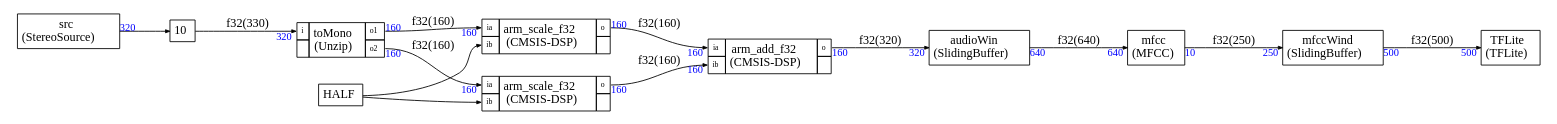
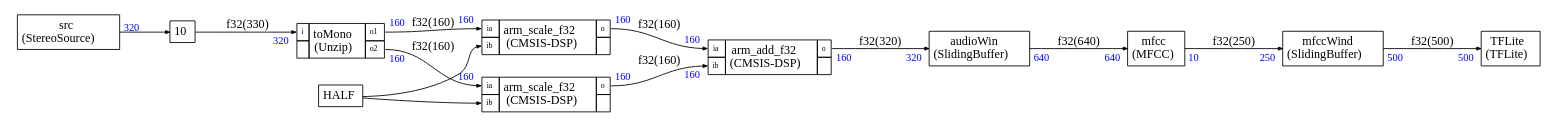
The diagram in SDFTools/examples/example2/test.dot (ARM-software/CMSIS-DSP), drawn with Graphviz before and after one commit. The commit also changed 14 other files, not shown here.

```diff
--- a/SDFTools/examples/example2/test.dot
+++ b/SDFTools/examples/example2/test.dot
@@ -1,151 +1,187 @@
 
 
 
 digraph structs {
     node [shape=plaintext]
     rankdir=LR
     edge [arrowsize=0.5]
     fontname="times"
 
 
 TFLite [label=<
 <TABLE BORDER="0" CELLBORDER="1" CELLSPACING="0" CELLPADDING="4">
   <TR>
     <TD ALIGN="CENTER" PORT="i">TFLite<BR/>(TFLite)</TD>
   </TR>
 </TABLE>>];
 
 
 arm_add_f321 [label=<
 <TABLE BORDER="0" CELLBORDER="1" CELLSPACING="0" CELLPADDING="4">
   <TR>
     <TD PORT="ia"><FONT POINT-SIZE="9.0">ia</FONT></TD>
     <TD ALIGN="CENTER" ROWSPAN="2">arm_add_f32<BR/>(CMSIS-DSP)</TD>
     <TD PORT="o"><FONT POINT-SIZE="9.0">o</FONT></TD>
   </TR>
-  <TR>
+<TR>
 <TD PORT="ib"><FONT POINT-SIZE="9.0">ib</FONT></TD>
-<TD></TD>
-</TR>
+
+ 
+<TD></TD></TR>
 
 </TABLE>>];
-
 
 
 arm_scale_f321 [label=<
 <TABLE BORDER="0" CELLBORDER="1" CELLSPACING="0" CELLPADDING="4">
   <TR>
     <TD PORT="ia"><FONT POINT-SIZE="9.0">ia</FONT></TD>
     <TD ALIGN="CENTER" ROWSPAN="2">arm_scale_f32<BR/>(CMSIS-DSP)</TD>
     <TD PORT="o"><FONT POINT-SIZE="9.0">o</FONT></TD>
   </TR>
-  <TR>
+<TR>
 <TD PORT="ib"><FONT POINT-SIZE="9.0">ib</FONT></TD>
-<TD></TD>
-</TR>
+
+ 
+<TD></TD></TR>
 
 </TABLE>>];
-
 
 
 arm_scale_f322 [label=<
 <TABLE BORDER="0" CELLBORDER="1" CELLSPACING="0" CELLPADDING="4">
   <TR>
     <TD PORT="ia"><FONT POINT-SIZE="9.0">ia</FONT></TD>
     <TD ALIGN="CENTER" ROWSPAN="2">arm_scale_f32<BR/>(CMSIS-DSP)</TD>
     <TD PORT="o"><FONT POINT-SIZE="9.0">o</FONT></TD>
   </TR>
-  <TR>
+<TR>
 <TD PORT="ib"><FONT POINT-SIZE="9.0">ib</FONT></TD>
-<TD></TD>
-</TR>
+
+ 
+<TD></TD></TR>
 
 </TABLE>>];
-
 
 audioWin [label=<
 <TABLE BORDER="0" CELLBORDER="1" CELLSPACING="0" CELLPADDING="4">
   <TR>
     <TD ALIGN="CENTER" PORT="i">audioWin<BR/>(SlidingBuffer)</TD>
   </TR>
 </TABLE>>];
 
 mfcc [label=<
 <TABLE BORDER="0" CELLBORDER="1" CELLSPACING="0" CELLPADDING="4">
   <TR>
     <TD ALIGN="CENTER" PORT="i">mfcc<BR/>(MFCC)</TD>
   </TR>
 </TABLE>>];
 
 mfccWind [label=<
 <TABLE BORDER="0" CELLBORDER="1" CELLSPACING="0" CELLPADDING="4">
   <TR>
     <TD ALIGN="CENTER" PORT="i">mfccWind<BR/>(SlidingBuffer)</TD>
   </TR>
 </TABLE>>];
 
 src [label=<
 <TABLE BORDER="0" CELLBORDER="1" CELLSPACING="0" CELLPADDING="4">
   <TR>
     <TD ALIGN="CENTER" PORT="i">src<BR/>(StereoSource)</TD>
   </TR>
 </TABLE>>];
 
 
 toMono [label=<
 <TABLE BORDER="0" CELLBORDER="1" CELLSPACING="0" CELLPADDING="4">
   <TR>
     <TD PORT="i"><FONT POINT-SIZE="9.0">i</FONT></TD>
     <TD ALIGN="CENTER" ROWSPAN="2">toMono<BR/>(Unzip)</TD>
     <TD PORT="o1"><FONT POINT-SIZE="9.0">o1</FONT></TD>
   </TR>
-  <TR>
+<TR>
+ 
 <TD></TD>
 <TD PORT="o2"><FONT POINT-SIZE="9.0">o2</FONT></TD>
 </TR>
 
 </TABLE>>];
-
 
 
 srcDelay [label=<
 <TABLE BORDER="0" CELLBORDER="1" CELLSPACING="0" CELLPADDING="4">
   <TR>
     <TD ALIGN="CENTER" PORT="i">10</TD>
   </TR>
 </TABLE>>];
 
 
-src:i -> srcDelay:i [taillabel=<<FONT COLOR="blue" POINT-SIZE="12.0" >320</FONT>>]
+src:i -> srcDelay:i [taillabel=<
+<TABLE BORDER="0" CELLPADDING="2"><TR><TD><FONT COLOR="blue" POINT-SIZE="12.0" >320</FONT>
+</TD></TR></TABLE>>]
 
-srcDelay:i -> toMono:i [headlabel=<<FONT COLOR="blue" POINT-SIZE="12.0" >320</FONT>>,label="f32(330)"]
+srcDelay:i -> toMono:i [headlabel=<
+<TABLE BORDER="0" CELLPADDING="2"><TR><TD><FONT COLOR="blue" POINT-SIZE="12.0" >320</FONT>
+</TD></TR></TABLE>>,label="f32(330)"]
 
 
-toMono:o1 -> arm_scale_f321:ia [headlabel=<<FONT COLOR="blue" POINT-SIZE="12.0" >160</FONT>>,taillabel=<<FONT COLOR="blue" POINT-SIZE="12.0" >160</FONT>>,label="f32(160)"]
+toMono:o1 -> arm_scale_f321:ia [headlabel=<
+<TABLE BORDER="0" CELLPADDING="2"><TR><TD><FONT COLOR="blue" POINT-SIZE="12.0" >160</FONT>
+</TD></TR></TABLE>>,taillabel=<
+<TABLE BORDER="0" CELLPADDING="2"><TR><TD><FONT COLOR="blue" POINT-SIZE="12.0" >160</FONT>
+</TD></TR></TABLE>>,label="f32(160)"]
 
-toMono:o2 -> arm_scale_f322:ia [headlabel=<<FONT COLOR="blue" POINT-SIZE="12.0" >160</FONT>>,taillabel=<<FONT COLOR="blue" POINT-SIZE="12.0" >160</FONT>>,label="f32(160)"]
+toMono:o2 -> arm_scale_f322:ia [headlabel=<
+<TABLE BORDER="0" CELLPADDING="2"><TR><TD><FONT COLOR="blue" POINT-SIZE="12.0" >160</FONT>
+</TD></TR></TABLE>>,taillabel=<
+<TABLE BORDER="0" CELLPADDING="2"><TR><TD><FONT COLOR="blue" POINT-SIZE="12.0" >160</FONT>
+</TD></TR></TABLE>>,label="f32(160)"]
 
-arm_scale_f321:o -> arm_add_f321:ia [headlabel=<<FONT COLOR="blue" POINT-SIZE="12.0" >160</FONT>>,taillabel=<<FONT COLOR="blue" POINT-SIZE="12.0" >160</FONT>>,label="f32(160)"]
+arm_scale_f321:o -> arm_add_f321:ia [headlabel=<
+<TABLE BORDER="0" CELLPADDING="2"><TR><TD><FONT COLOR="blue" POINT-SIZE="12.0" >160</FONT>
+</TD></TR></TABLE>>,taillabel=<
+<TABLE BORDER="0" CELLPADDING="2"><TR><TD><FONT COLOR="blue" POINT-SIZE="12.0" >160</FONT>
+</TD></TR></TABLE>>,label="f32(160)"]
 
-arm_scale_f322:o -> arm_add_f321:ib [headlabel=<<FONT COLOR="blue" POINT-SIZE="12.0" >160</FONT>>,taillabel=<<FONT COLOR="blue" POINT-SIZE="12.0" >160</FONT>>,label="f32(160)"]
+arm_scale_f322:o -> arm_add_f321:ib [headlabel=<
+<TABLE BORDER="0" CELLPADDING="2"><TR><TD><FONT COLOR="blue" POINT-SIZE="12.0" >160</FONT>
+</TD></TR></TABLE>>,taillabel=<
+<TABLE BORDER="0" CELLPADDING="2"><TR><TD><FONT COLOR="blue" POINT-SIZE="12.0" >160</FONT>
+</TD></TR></TABLE>>,label="f32(160)"]
 
-arm_add_f321:o -> audioWin:i [headlabel=<<FONT COLOR="blue" POINT-SIZE="12.0" >320</FONT>>,taillabel=<<FONT COLOR="blue" POINT-SIZE="12.0" >160</FONT>>,label="f32(320)"]
+arm_add_f321:o -> audioWin:i [headlabel=<
+<TABLE BORDER="0" CELLPADDING="2"><TR><TD><FONT COLOR="blue" POINT-SIZE="12.0" >320</FONT>
+</TD></TR></TABLE>>,taillabel=<
+<TABLE BORDER="0" CELLPADDING="2"><TR><TD><FONT COLOR="blue" POINT-SIZE="12.0" >160</FONT>
+</TD></TR></TABLE>>,label="f32(320)"]
 
-audioWin:i -> mfcc:i [headlabel=<<FONT COLOR="blue" POINT-SIZE="12.0" >640</FONT>>,taillabel=<<FONT COLOR="blue" POINT-SIZE="12.0" >640</FONT>>,label="f32(640)"]
+audioWin:i -> mfcc:i [headlabel=<
+<TABLE BORDER="0" CELLPADDING="2"><TR><TD><FONT COLOR="blue" POINT-SIZE="12.0" >640</FONT>
+</TD></TR></TABLE>>,taillabel=<
+<TABLE BORDER="0" CELLPADDING="2"><TR><TD><FONT COLOR="blue" POINT-SIZE="12.0" >640</FONT>
+</TD></TR></TABLE>>,label="f32(640)"]
 
-mfcc:i -> mfccWind:i [headlabel=<<FONT COLOR="blue" POINT-SIZE="12.0" >250</FONT>>,taillabel=<<FONT COLOR="blue" POINT-SIZE="12.0" >10</FONT>>,label="f32(250)"]
+mfcc:i -> mfccWind:i [headlabel=<
+<TABLE BORDER="0" CELLPADDING="2"><TR><TD><FONT COLOR="blue" POINT-SIZE="12.0" >250</FONT>
+</TD></TR></TABLE>>,taillabel=<
+<TABLE BORDER="0" CELLPADDING="2"><TR><TD><FONT COLOR="blue" POINT-SIZE="12.0" >10</FONT>
+</TD></TR></TABLE>>,label="f32(250)"]
 
-mfccWind:i -> TFLite:i [headlabel=<<FONT COLOR="blue" POINT-SIZE="12.0" >500</FONT>>,taillabel=<<FONT COLOR="blue" POINT-SIZE="12.0" >500</FONT>>,label="f32(500)"]
+mfccWind:i -> TFLite:i [headlabel=<
+<TABLE BORDER="0" CELLPADDING="2"><TR><TD><FONT COLOR="blue" POINT-SIZE="12.0" >500</FONT>
+</TD></TR></TABLE>>,taillabel=<
+<TABLE BORDER="0" CELLPADDING="2"><TR><TD><FONT COLOR="blue" POINT-SIZE="12.0" >500</FONT>
+</TD></TR></TABLE>>,label="f32(500)"]
 
 HALF [label=<
 <TABLE BORDER="0" CELLBORDER="1" CELLSPACING="0" CELLPADDING="4">
   <TR>
     <TD ALIGN="CENTER" PORT="i">HALF</TD>
   </TR>
 </TABLE>>];
 
 HALF:i -> arm_scale_f321:ib
 
 HALF:i -> arm_scale_f322:ib
 
 }
```
